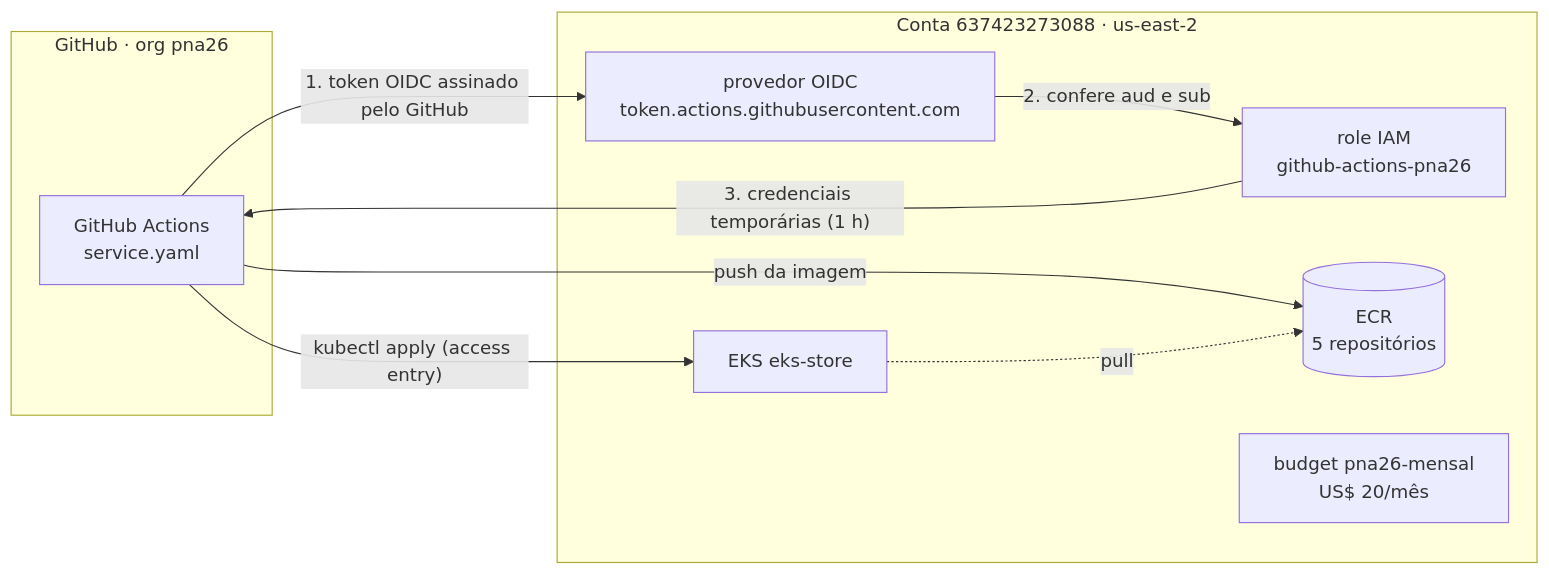
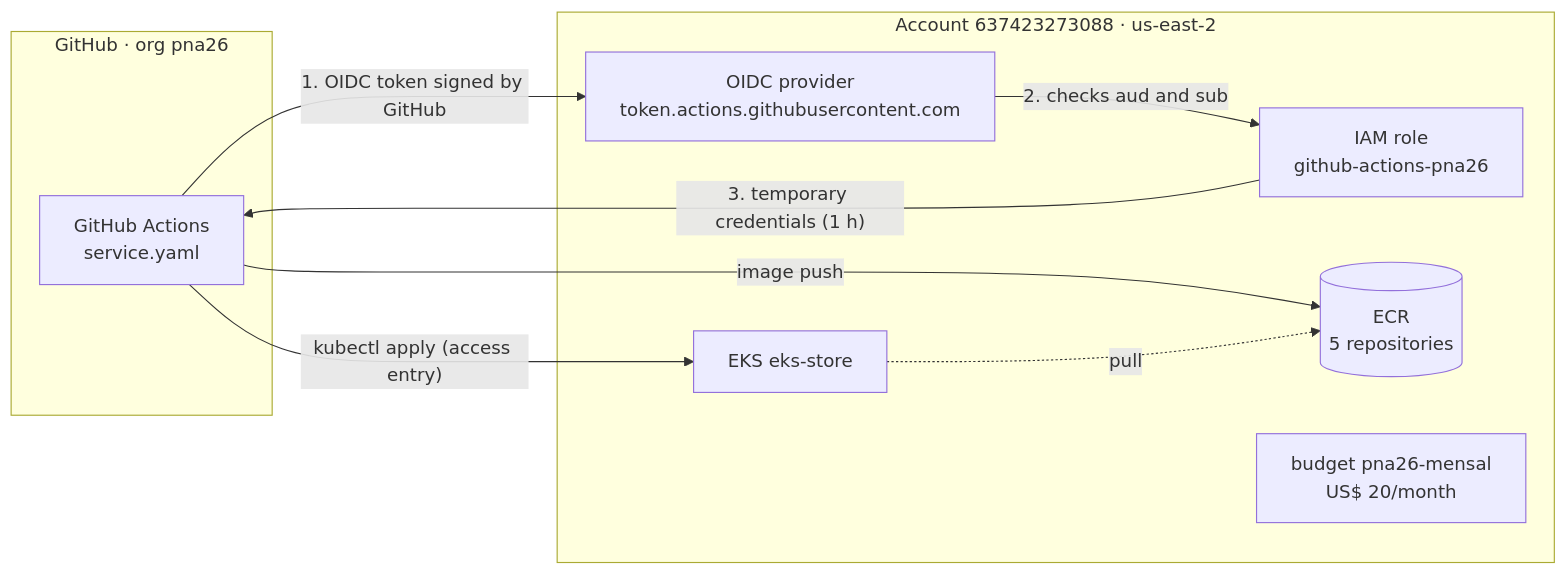
One commit to pna26/platform changed the diagram in docs/devops/aws.md. Above: the diagram before and after it, drawn with Mermaid. The commit also changed other lines of this file and 55 other files, not shown here.

````diff
--- a/docs/devops/aws.md
+++ b/docs/devops/aws.md
@@ -10,19 +10,19 @@
 ``` mermaid
 flowchart LR
     subgraph gh[GitHub · org pna26]
         ci[GitHub Actions<br/>service.yaml]
     end
-    subgraph aws[Conta 637423273088 · us-east-2]
-        oidc[provedor OIDC<br/>token.actions.githubusercontent.com]
-        role[role IAM<br/>github-actions-pna26]
-        ecr[(ECR<br/>5 repositórios)]
+    subgraph aws[Account 637423273088 · us-east-2]
+        oidc[OIDC provider<br/>token.actions.githubusercontent.com]
+        role[IAM role<br/>github-actions-pna26]
+        ecr[(ECR<br/>5 repositories)]
         eks[EKS eks-store]
-        budget[budget pna26-mensal<br/>US$ 20/mês]
+        budget[budget pna26-mensal<br/>US$ 20/month]
     end
-    ci -->|"1. token OIDC assinado pelo GitHub"| oidc
-    oidc -->|"2. confere aud e sub"| role
-    role -->|"3. credenciais temporárias (1 h)"| ci
-    ci -->|"push da imagem"| ecr
+    ci -->|"1. OIDC token signed by GitHub"| oidc
+    oidc -->|"2. checks aud and sub"| role
+    role -->|"3. temporary credentials (1 h)"| ci
+    ci -->|"image push"| ecr
     ci -->|"kubectl apply (access entry)"| eks
     eks -.->|"pull"| ecr
 ```
````
